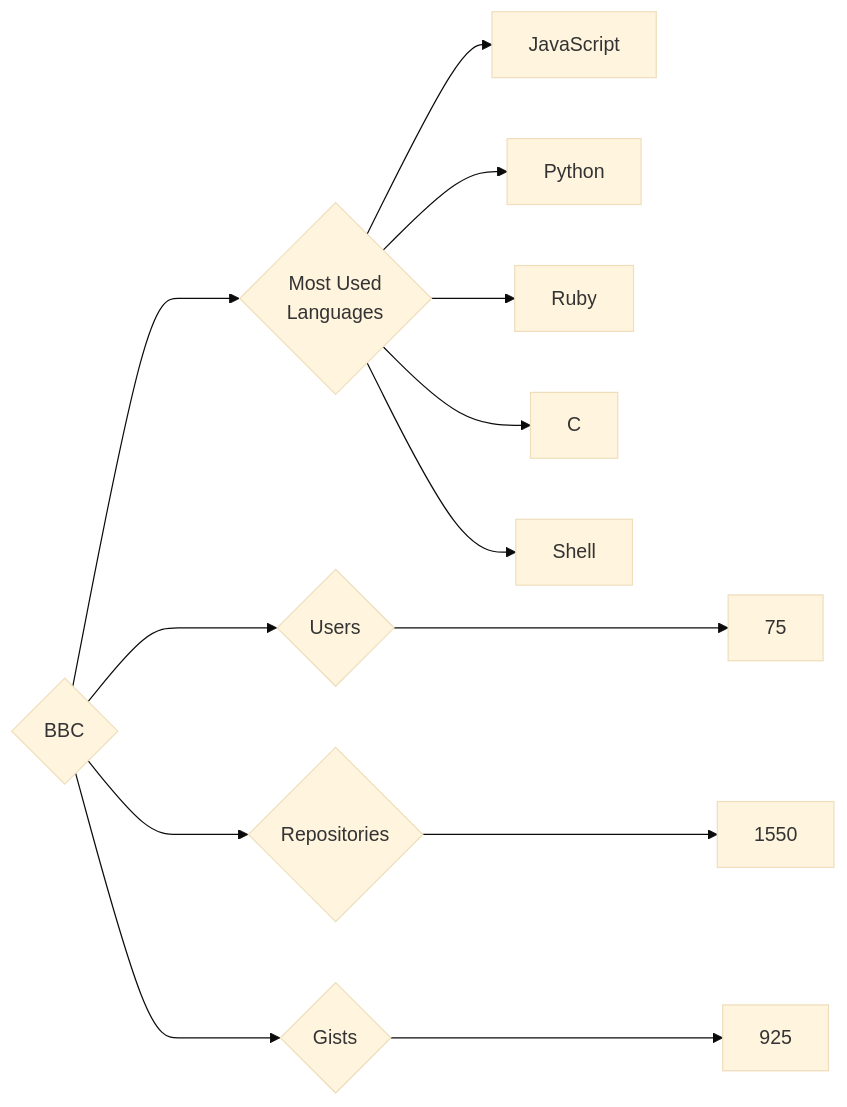
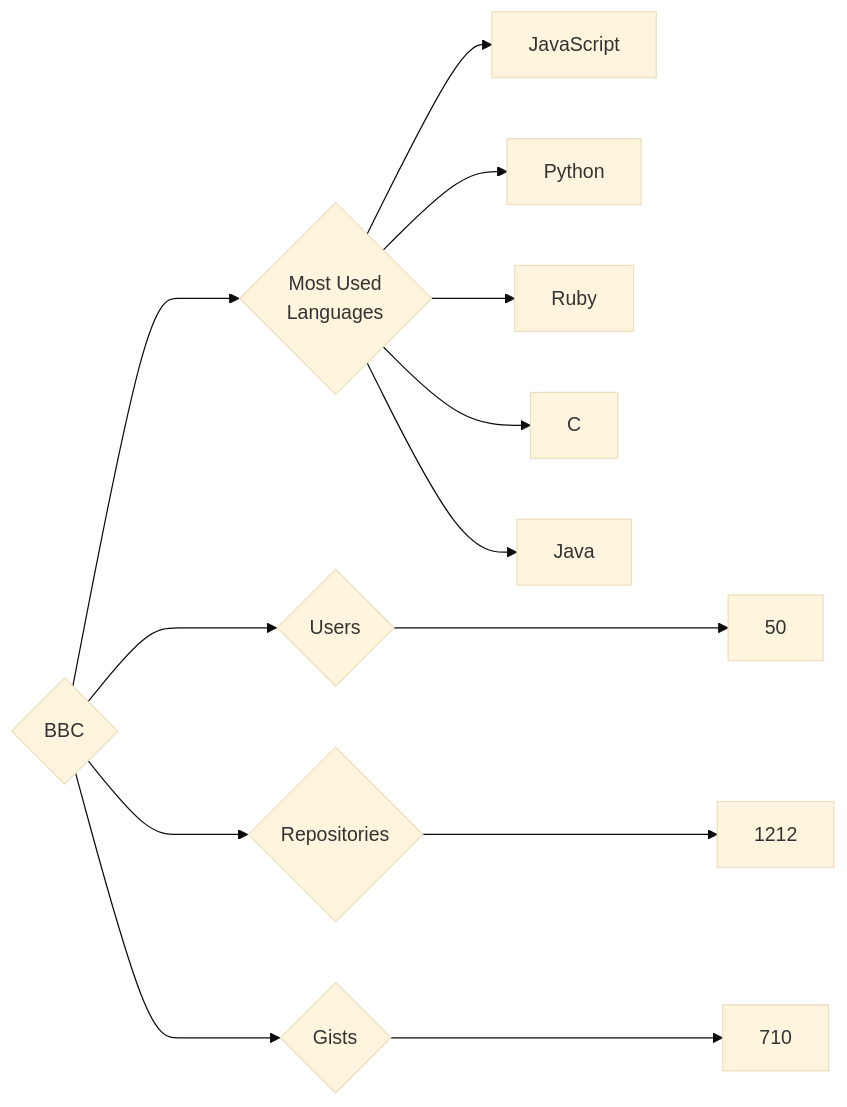
Before and after one commit to trickest/insiders: the diagram in targets/BBC/README.md, drawn with Mermaid (base theme). The commit also changed 639 other files, not shown here.

````diff
--- a/targets/BBC/README.md
+++ b/targets/BBC/README.md
@@ -3,13 +3,13 @@
 ```mermaid
 graph LR
 COMPANY_NAME{BBC}
-COMPANY_NAME ---> U{Users} ---> UN[75]
-COMPANY_NAME ---> R{Repositories} ---> RN[1550]
-COMPANY_NAME ---> G{Gists} ---> GN[925]
+COMPANY_NAME ---> U{Users} ---> UN[50]
+COMPANY_NAME ---> R{Repositories} ---> RN[1212]
+COMPANY_NAME ---> G{Gists} ---> GN[710]
 COMPANY_NAME ---> ML{Most Used<br>Languages}
 ML --> JavaScript[JavaScript]
 ML --> Python[Python]
 ML --> Ruby[Ruby]
 ML --> C[C]
-ML --> Shell[Shell]
+ML --> Java[Java]
 ```
````
